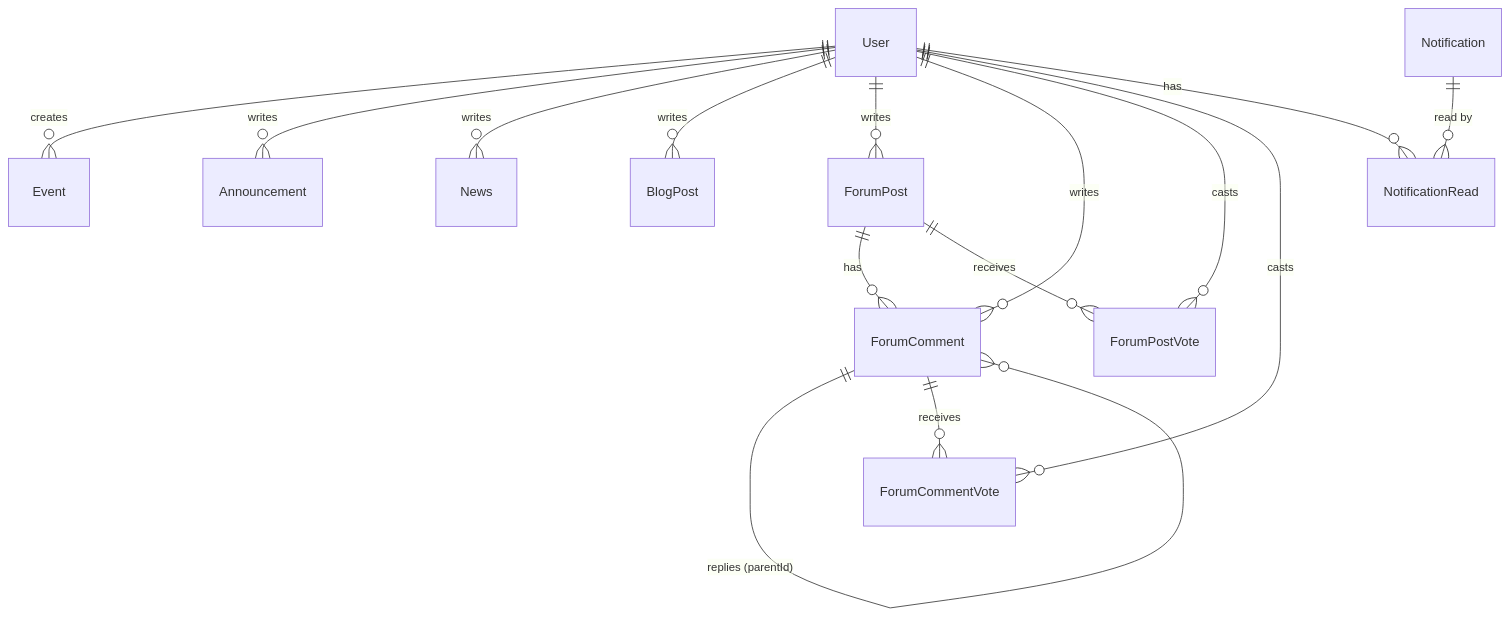
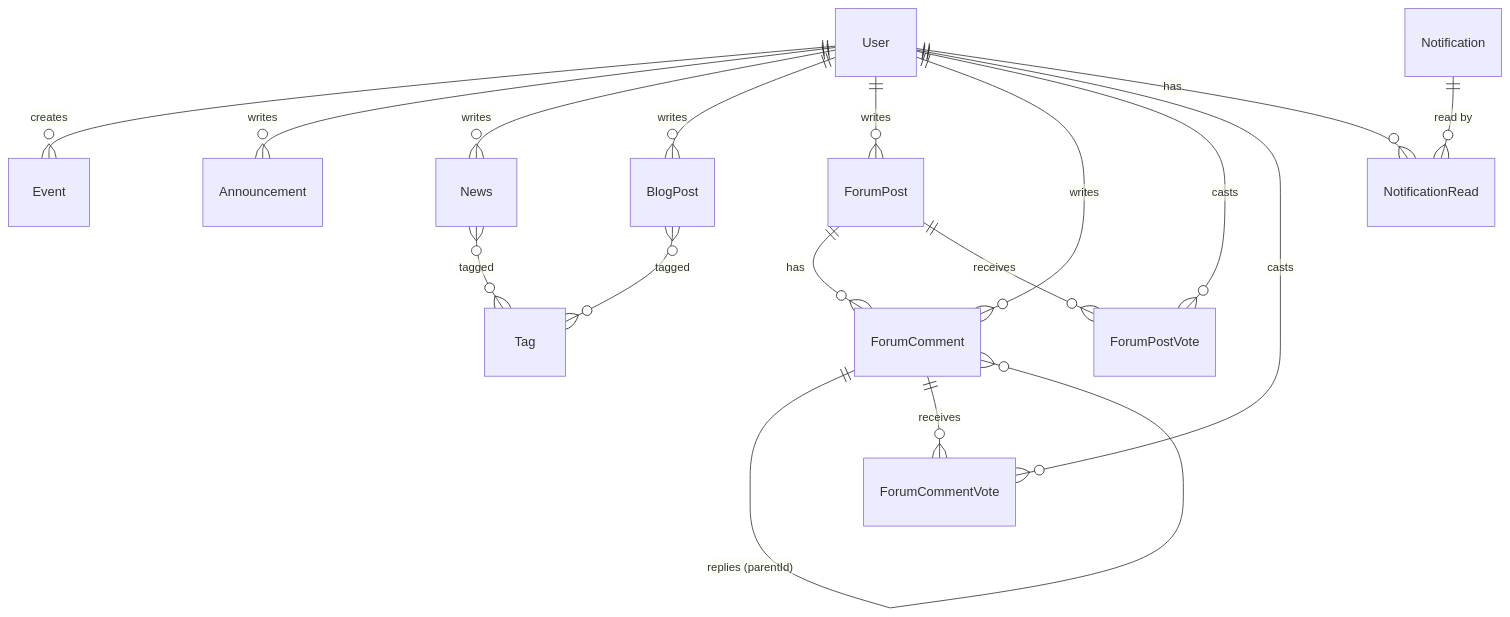
One commit to cyborgoat/team-orbit changed the diagram in docs/schema.md. Above: the diagram before and after it, drawn with Mermaid. The commit also changed other lines of this file and 163 other files, not shown here.

Commit message:
Refactor pre-release architecture and add configurable avatars

````diff
--- a/docs/schema.md
+++ b/docs/schema.md
@@ -21,17 +21,19 @@
 ```mermaid
 erDiagram
+  News }o--o{ Tag : tagged
+  BlogPost }o--o{ Tag : tagged
   User ||--o{ Event : creates
   User ||--o{ Announcement : writes
   User ||--o{ News : writes
   User ||--o{ BlogPost : writes
   User ||--o{ ForumPost : writes
   User ||--o{ ForumComment : writes
   User ||--o{ ForumPostVote : casts
   User ||--o{ ForumCommentVote : casts
   User ||--o{ NotificationRead : has
   ForumPost ||--o{ ForumComment : has
   ForumPost ||--o{ ForumPostVote : receives
   ForumComment ||--o{ ForumComment : "replies (parentId)"
   ForumComment ||--o{ ForumCommentVote : receives
   Notification ||--o{ NotificationRead : "read by"
 ```
````
